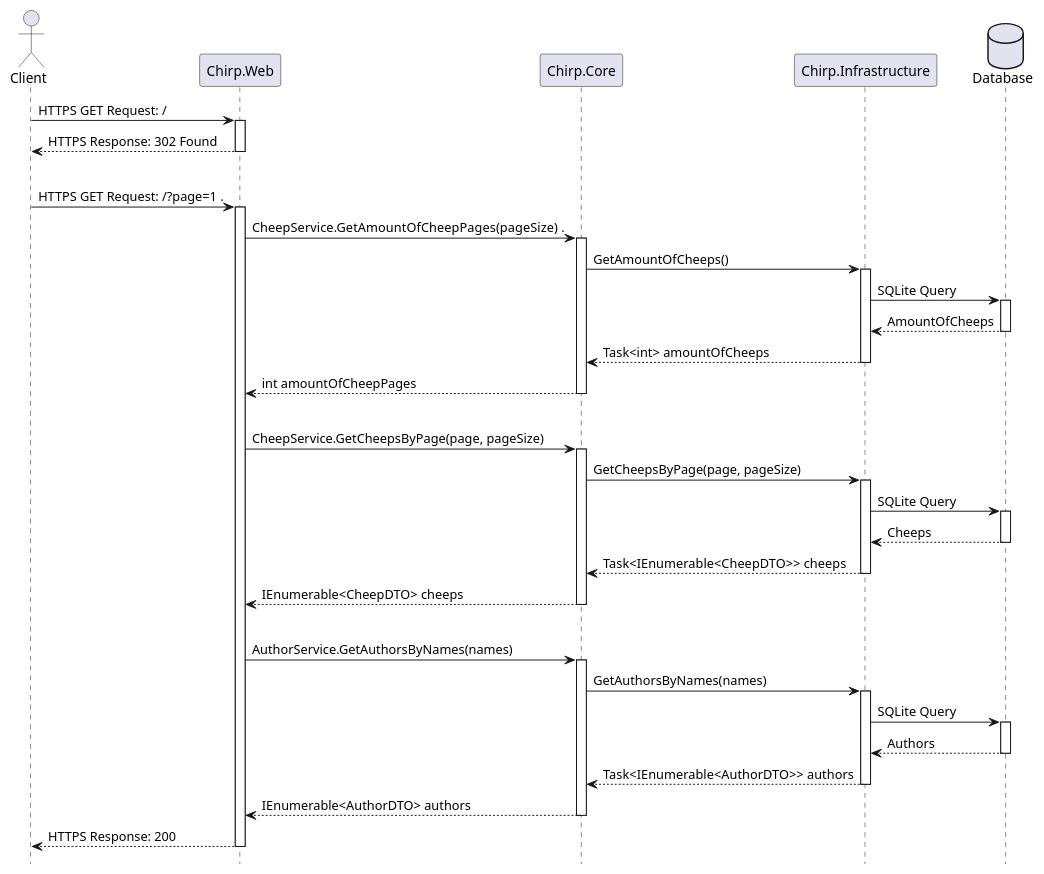
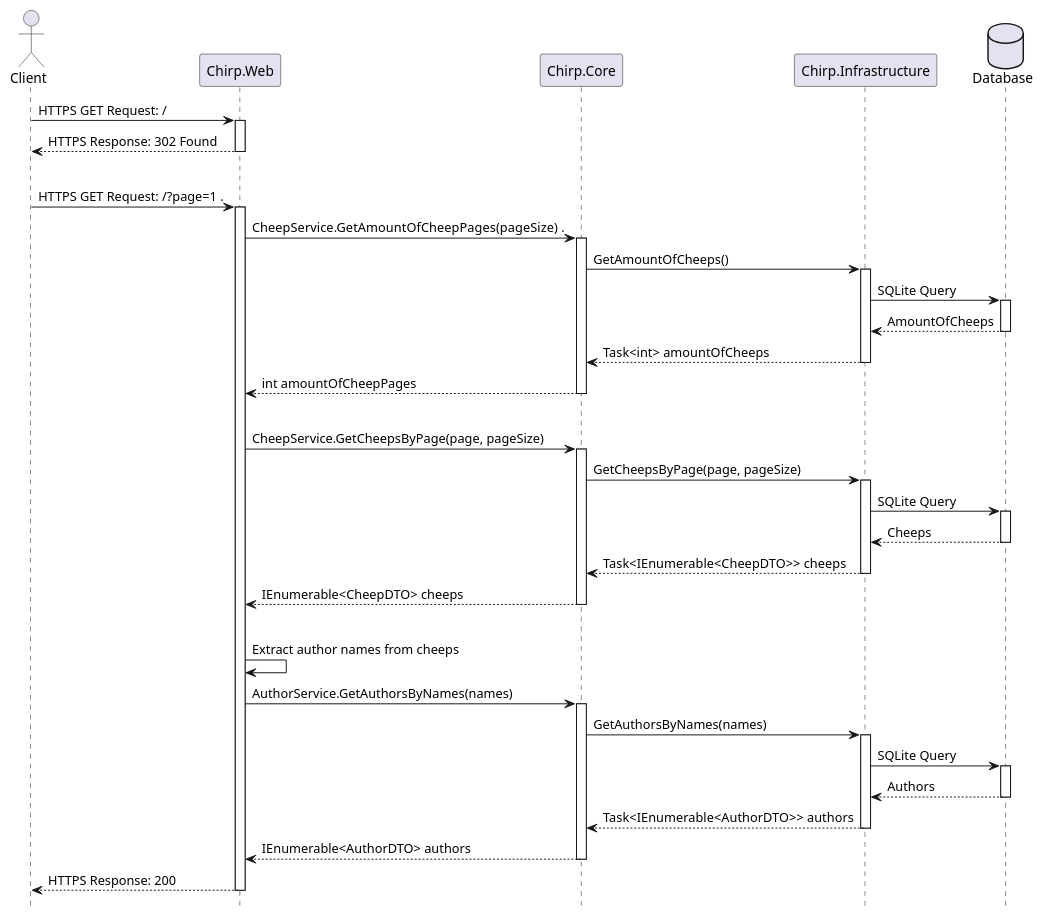
Before and after one commit to ITU-BDSA2024-GROUP10/Chirp: the diagram in docs/models/Sequence/plantuml_export.puml, drawn with PlantUML. The commit also changed 2 other files, not shown here.

Commit message:
Updated sequence diagram

```diff
--- a/docs/models/Sequence/plantuml_export.puml
+++ b/docs/models/Sequence/plantuml_export.puml
@@ -1,52 +1,55 @@
 @startuml
 
 'skin rose
 
 'This can hide the boxes at the bottom
 hide footbox
 
 actor Client as Client
 participant Chirp.Web as Web
 participant Chirp.Core as Core
 participant Chirp.Infrastructure as Infrastructure
 database Database as Database
 
 'Redirects from / to /?page=1
 Client -> Web ++ : HTTPS GET Request: /
 return HTTPS Response: 302 Found
 
 ||||
 
 Client -> Web ++ : HTTPS GET Request: /?page=1 .
 
 'Get amount of pages for pagebuttons
   Web -> Core ++ : CheepService.GetAmountOfCheepPages(pageSize)  .
     Core -> Infrastructure ++ : GetAmountOfCheeps()
       Infrastructure -> Database ++ : SQLite Query
       return AmountOfCheeps
     return Task<int> amountOfCheeps
   return int amountOfCheepPages
 
 ||||
 
 'Get cheeps from current page
   Web -> Core ++ : CheepService.GetCheepsByPage(page, pageSize)
     Core -> Infrastructure ++ : GetCheepsByPage(page, pageSize)
       Infrastructure -> Database ++ : SQLite Query
       return Cheeps
     return Task<IEnumerable<CheepDTO>> cheeps
   return IEnumerable<CheepDTO> cheeps
 
 ||||
 
+'Extract authors from cheeps
+Web -> Web : Extract author names from cheeps
+
 'Get authors to get profile images 
   Web -> Core ++ : AuthorService.GetAuthorsByNames(names)
     Core -> Infrastructure ++ : GetAuthorsByNames(names)
       Infrastructure -> Database ++ : SQLite Query
       return Authors
     return Task<IEnumerable<AuthorDTO>> authors
   return IEnumerable<AuthorDTO> authors
 
 return HTTPS Response: 200
 
 @enduml
```
